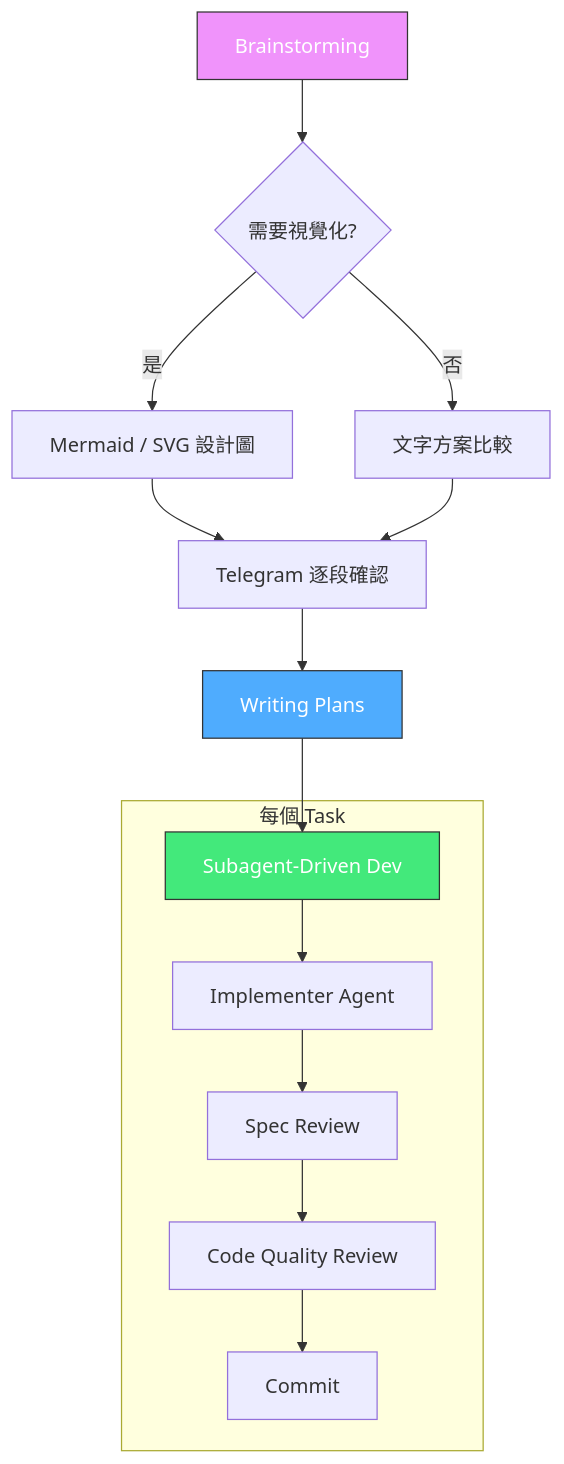
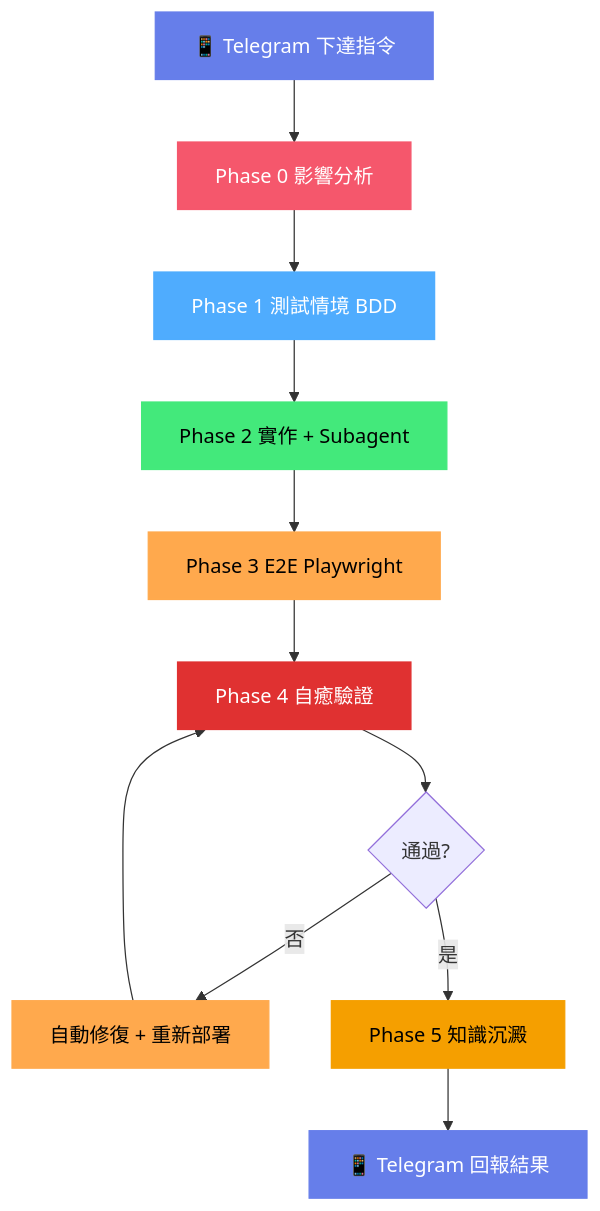
The first of 4 diagrams in _posts/2026-03-28-ai-assisted-trading-system-development.md (Zekkar/Zekkar.github.io), drawn with Mermaid before and after one commit. The commit also changed other lines of this file, not shown here.

First line of the commit message:
fix: 全面重做圖表 — 統一用簡潔 Mermaid flowchart + classDef 配色

````diff
--- a/_posts/2026-03-28-ai-assisted-trading-system-development.md
+++ b/_posts/2026-03-28-ai-assisted-trading-system-development.md
@@ -111,21 +30,21 @@
 ```mermaid
 flowchart TD
-    A[Brainstorming] --> B{需要視覺化?}
-    B -->|是| C[Mermaid / SVG 設計圖]
-    B -->|否| D[文字方案比較]
-    C --> E[Telegram 逐段確認]
-    D --> E
-    E --> F[Writing Plans]
-    F --> G[Subagent-Driven Dev]
+    A["📱 Telegram 下達指令"]:::purple --> B["Phase 0 影響分析"]:::pink
+    B --> C["Phase 1 測試情境 BDD"]:::blue
+    C --> D["Phase 2 實作 + Subagent"]:::green
+    D --> E["Phase 3 E2E Playwright"]:::orange
+    E --> F["Phase 4 自癒驗證"]:::red
+    F --> G{"通過?"}
+    G -->|"否"| H["自動修復 + 重新部署"]:::orange
+    H --> F
+    G -->|"是"| I["Phase 5 知識沉澱"]:::gold
+    I --> J["📱 Telegram 回報結果"]:::purple
 
-    subgraph "每個 Task"
-        G --> H[Implementer Agent]
-        H --> I[Spec Review]
-        I --> J[Code Quality Review]
-        J --> K[Commit]
-    end
-
-    style A fill:#f093fb,stroke:#333,color:#fff
-    style F fill:#4facfe,stroke:#333,color:#fff
-    style G fill:#43e97b,stroke:#333,color:#fff
+    classDef purple fill:#667eea,stroke:#667eea,color:#fff
+    classDef pink fill:#f5576c,stroke:#f5576c,color:#fff
+    classDef blue fill:#4facfe,stroke:#4facfe,color:#fff
+    classDef green fill:#43e97b,stroke:#43e97b,color:#000
+    classDef orange fill:#ffa94d,stroke:#ffa94d,color:#000
+    classDef red fill:#e03131,stroke:#e03131,color:#fff
+    classDef gold fill:#f59f00,stroke:#f59f00,color:#000
 ```
````
